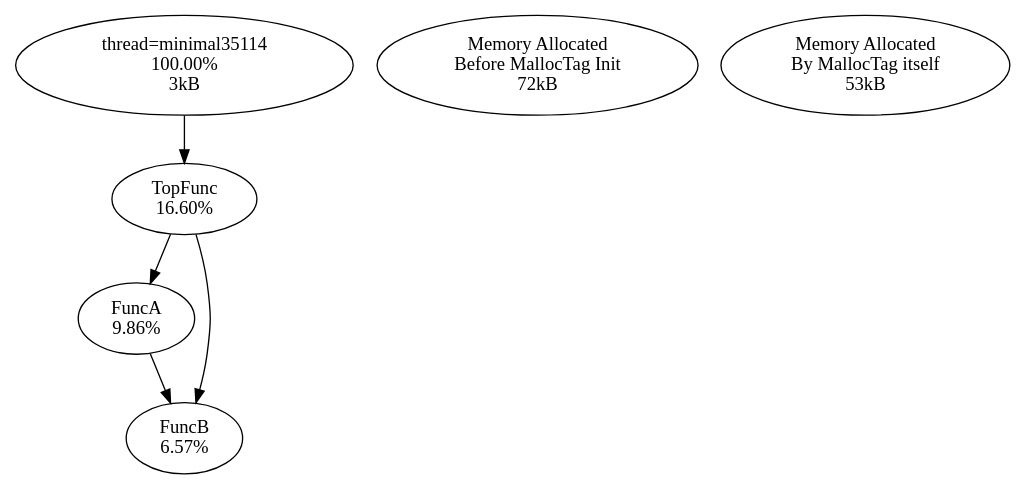
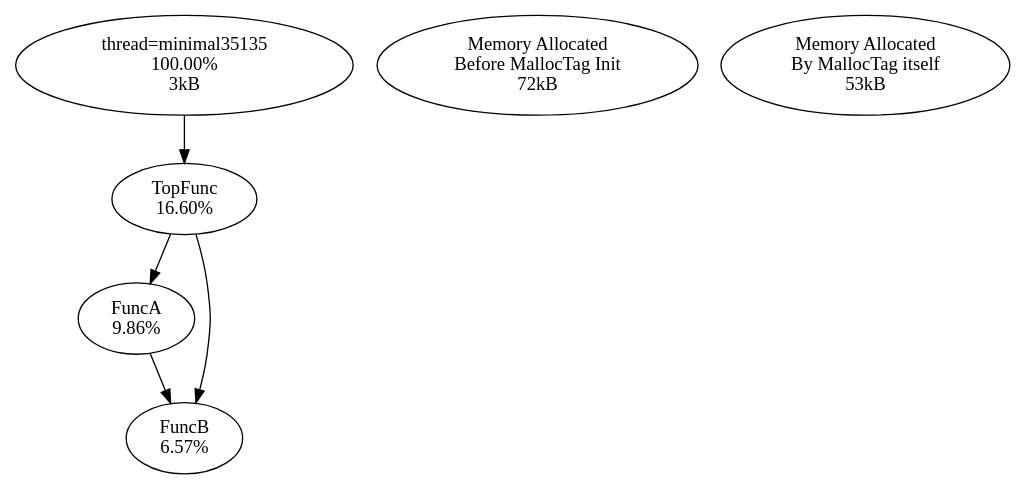
Before and after one commit to f18m/malloc-tag: the diagram in examples/minimal/minimal_stats.dot, drawn with Graphviz. The commit also changed 7 other files, not shown here.

```diff
--- a/examples/minimal/minimal_stats.dot
+++ b/examples/minimal/minimal_stats.dot
@@ -1,13 +1,13 @@
 digraph MallocTree {
-minimal35114 [label="thread=minimal35114\n100.00%\n3kB"]
-minimal35114 -> TopFunc
+minimal35135 [label="thread=minimal35135\n100.00%\n3kB"]
+minimal35135 -> TopFunc
 TopFunc [label="TopFunc\n16.60%"]
 TopFunc -> FuncA
 TopFunc -> FuncB
 FuncA [label="FuncA\n9.86%"]
 FuncA -> FuncB
 FuncB [label="FuncB\n6.57%"]
 FuncB [label="FuncB\n6.57%"]
 __before_init_node__ [label="Memory Allocated\nBefore MallocTag Init\n72kB"]
 __malloctag_self_memory__ [label="Memory Allocated\nBy MallocTag itself\n53kB"]
 }
```
